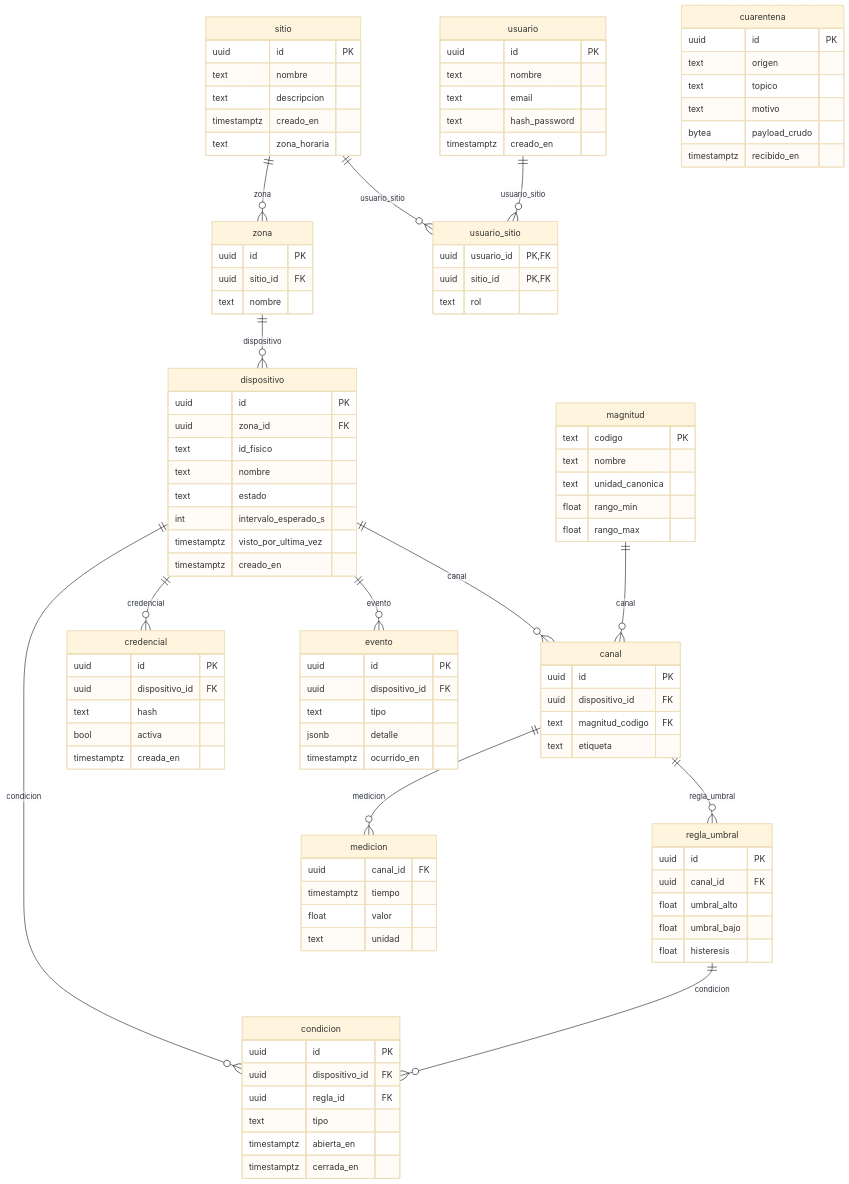
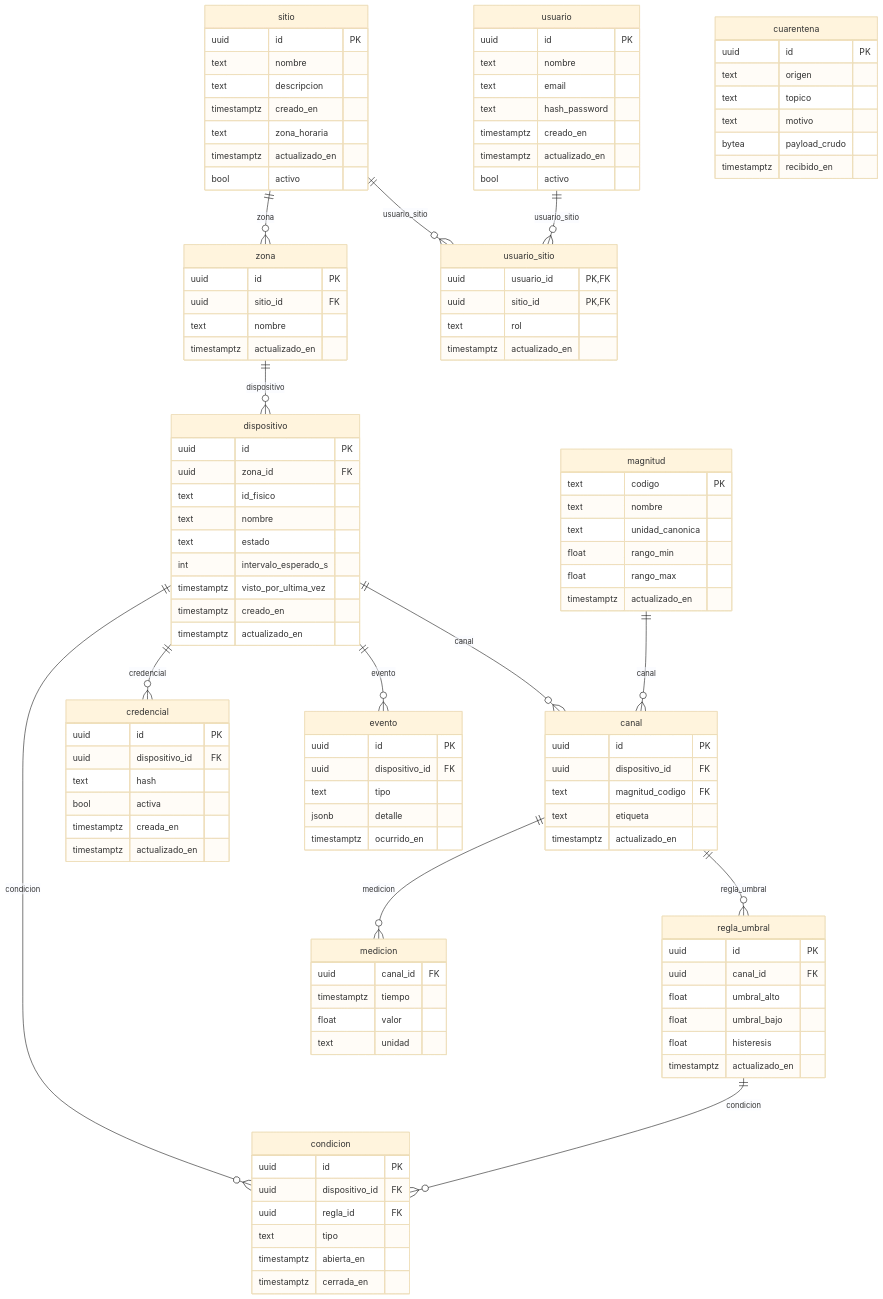
One commit to vicenterami/tesis changed the diagram in informe-oficial/figuras/mermaid/modelo-datos.mmd. Above: the diagram before and after it, drawn with Mermaid (base theme). The commit also changed 12 other files, not shown here.

```diff
--- a/informe-oficial/figuras/mermaid/modelo-datos.mmd
+++ b/informe-oficial/figuras/mermaid/modelo-datos.mmd
@@ -1,103 +1,114 @@
 erDiagram
     dispositivo ||--o{ canal : canal
     magnitud ||--o{ canal : canal
     dispositivo ||--o{ condicion : condicion
     regla_umbral ||--o{ condicion : condicion
     dispositivo ||--o{ credencial : credencial
     zona ||--o{ dispositivo : dispositivo
     dispositivo ||--o{ evento : evento
     canal ||--o{ medicion : medicion
     canal ||--o{ regla_umbral : regla_umbral
     sitio ||--o{ usuario_sitio : usuario_sitio
     usuario ||--o{ usuario_sitio : usuario_sitio
     sitio ||--o{ zona : zona
     canal {
         uuid id PK
         uuid dispositivo_id FK
         text magnitud_codigo FK
         text etiqueta
+        timestamptz actualizado_en
     }
     condicion {
         uuid id PK
         uuid dispositivo_id FK
         uuid regla_id FK
         text tipo
         timestamptz abierta_en
         timestamptz cerrada_en
     }
     credencial {
         uuid id PK
         uuid dispositivo_id FK
         text hash
         bool activa
         timestamptz creada_en
+        timestamptz actualizado_en
     }
     cuarentena {
         uuid id PK
         text origen
         text topico
         text motivo
         bytea payload_crudo
         timestamptz recibido_en
     }
     dispositivo {
         uuid id PK
         uuid zona_id FK
         text id_fisico
         text nombre
         text estado
         int intervalo_esperado_s
         timestamptz visto_por_ultima_vez
         timestamptz creado_en
+        timestamptz actualizado_en
     }
     evento {
         uuid id PK
         uuid dispositivo_id FK
         text tipo
         jsonb detalle
         timestamptz ocurrido_en
     }
     magnitud {
         text codigo PK
         text nombre
         text unidad_canonica
         float rango_min
         float rango_max
+        timestamptz actualizado_en
     }
     medicion {
         uuid canal_id FK
         timestamptz tiempo
         float valor
         text unidad
     }
     regla_umbral {
         uuid id PK
         uuid canal_id FK
         float umbral_alto
         float umbral_bajo
         float histeresis
+        timestamptz actualizado_en
     }
     sitio {
         uuid id PK
         text nombre
         text descripcion
         timestamptz creado_en
         text zona_horaria
+        timestamptz actualizado_en
+        bool activo
     }
     usuario {
         uuid id PK
         text nombre
         text email
         text hash_password
         timestamptz creado_en
+        timestamptz actualizado_en
+        bool activo
     }
     usuario_sitio {
         uuid usuario_id PK,FK
         uuid sitio_id PK,FK
         text rol
+        timestamptz actualizado_en
     }
     zona {
         uuid id PK
         uuid sitio_id FK
         text nombre
+        timestamptz actualizado_en
     }
```
